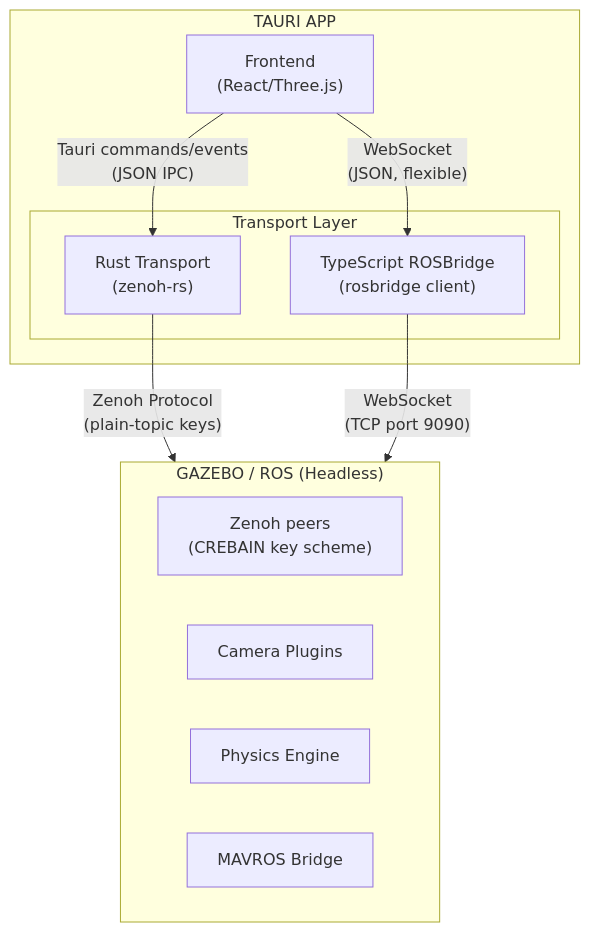
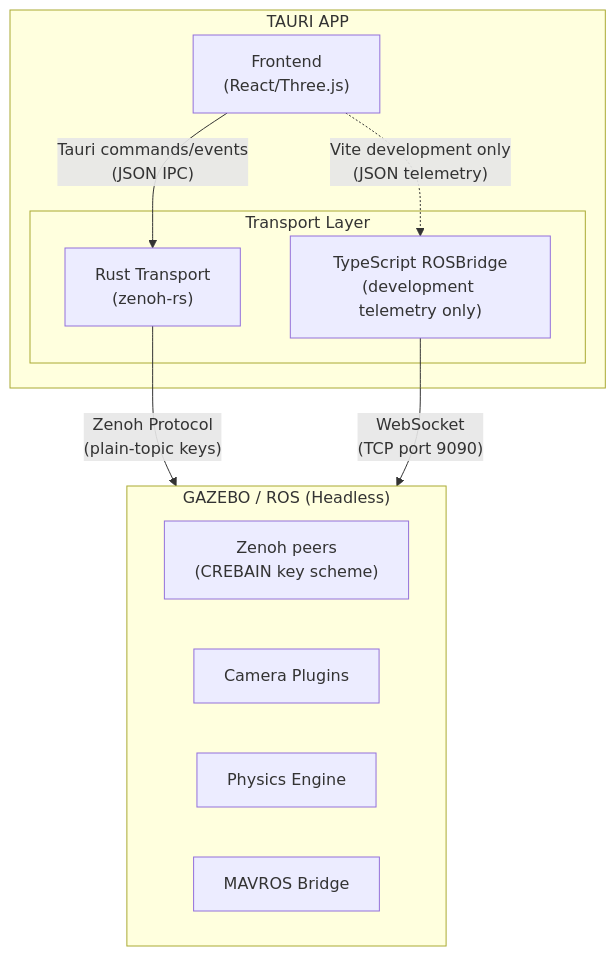
One commit to sepahead/crebain changed the second of 3 diagrams in docs/ARCHITECTURE.md. Above: the diagram before and after it, drawn with Mermaid. The commit also changed other lines of this file and 69 other files, not shown here.

````diff
--- a/docs/ARCHITECTURE.md
+++ b/docs/ARCHITECTURE.md
@@ -89,24 +104,24 @@
 ```mermaid
 flowchart TB
     subgraph Tauri["TAURI APP"]
         Frontend["Frontend<br/>(React/Three.js)"]
 
         subgraph Transport["Transport Layer"]
             RustZenoh["Rust Transport<br/>(zenoh-rs)"]
-            TSBridge["TypeScript ROSBridge<br/>(rosbridge client)"]
+            TSBridge["TypeScript ROSBridge<br/>(development telemetry only)"]
         end
 
         Frontend -->|"Tauri commands/events<br/>(JSON IPC)"| RustZenoh
-        Frontend -->|"WebSocket<br/>(JSON, flexible)"| TSBridge
+        Frontend -.->|"Vite development only<br/>(JSON telemetry)"| TSBridge
     end
 
     subgraph ROS["GAZEBO / ROS (Headless)"]
         Peers["Zenoh peers<br/>(CREBAIN key scheme)"]
         Camera["Camera Plugins"]
         Physics["Physics Engine"]
         MAVROS["MAVROS Bridge"]
     end
 
     RustZenoh -->|"Zenoh Protocol<br/>(plain-topic keys)"| ROS
     TSBridge -->|"WebSocket<br/>(TCP port 9090)"| ROS
 ```
````
